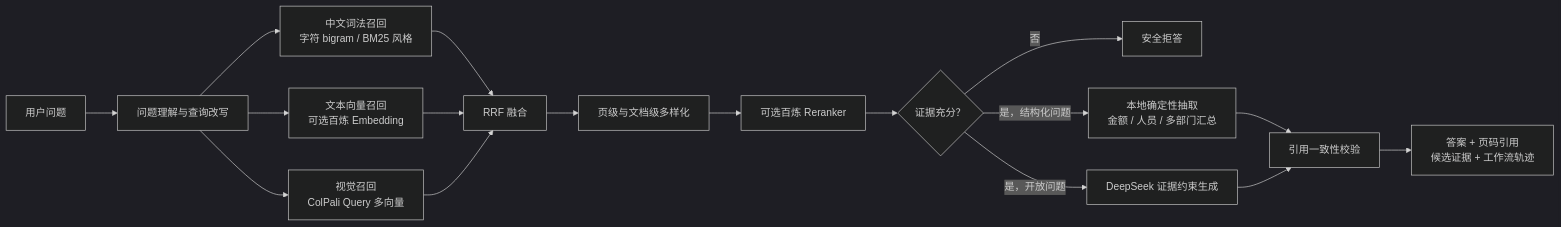
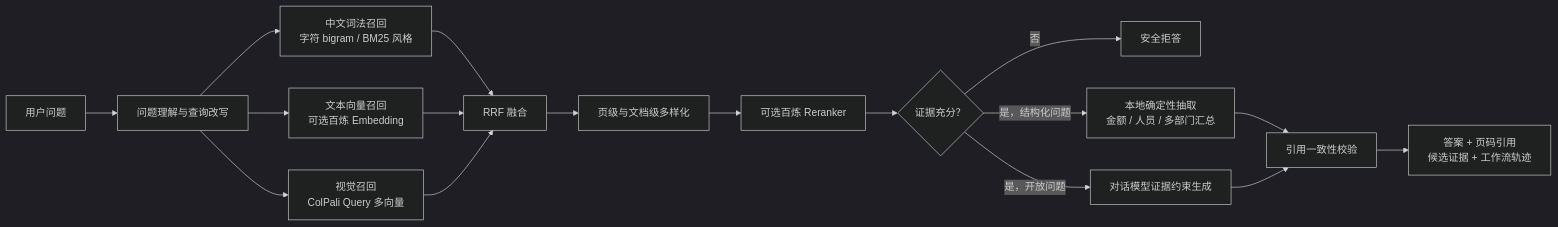
The third of 6 diagrams in docs/系统架构图.md (IceWindy233/DocFlowAI), drawn with Mermaid (dark theme) before and after one commit. The commit also changed other lines of this file and 29 other files, not shown here.

```diff
--- a/docs/系统架构图.md
+++ b/docs/系统架构图.md
@@ -121,21 +121,21 @@
 ~~~mermaid
 flowchart LR
     QUERY["用户问题"] --> UNDERSTAND["问题理解与查询改写"]
     UNDERSTAND --> LEX["中文词法召回<br/>字符 bigram / BM25 风格"]
     UNDERSTAND --> SEM["文本向量召回<br/>可选百炼 Embedding"]
     UNDERSTAND --> VIS["视觉召回<br/>ColPali Query 多向量"]
 
     LEX --> FUSION["RRF 融合"]
     SEM --> FUSION
     VIS --> FUSION
     FUSION --> DIVERSITY["页级与文档级多样化"]
     DIVERSITY --> RERANK["可选百炼 Reranker"]
     RERANK --> EVIDENCE{"证据充分？"}
 
     EVIDENCE -->|否| REFUSE["安全拒答"]
     EVIDENCE -->|是，结构化问题| EXTRACT["本地确定性抽取<br/>金额 / 人员 / 多部门汇总"]
-    EVIDENCE -->|是，开放问题| GENERATE["DeepSeek 证据约束生成"]
+    EVIDENCE -->|是，开放问题| GENERATE["对话模型证据约束生成"]
     EXTRACT --> VERIFY["引用一致性校验"]
     GENERATE --> VERIFY
     VERIFY --> ANSWER["答案 + 页码引用<br/>候选证据 + 工作流轨迹"]
 ~~~
```
